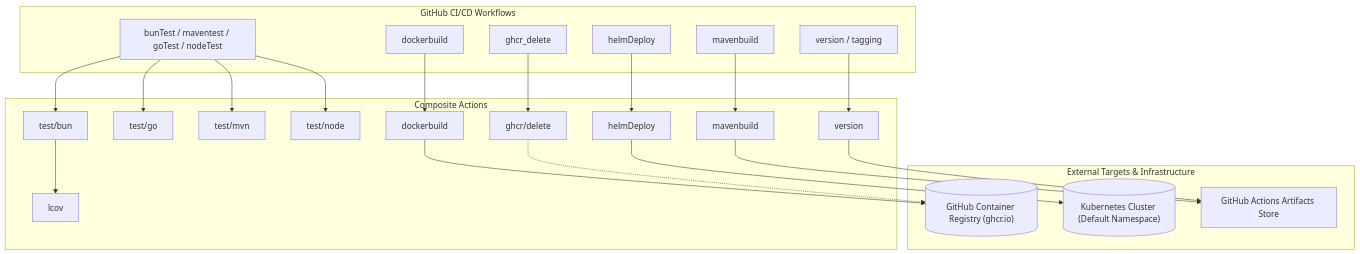
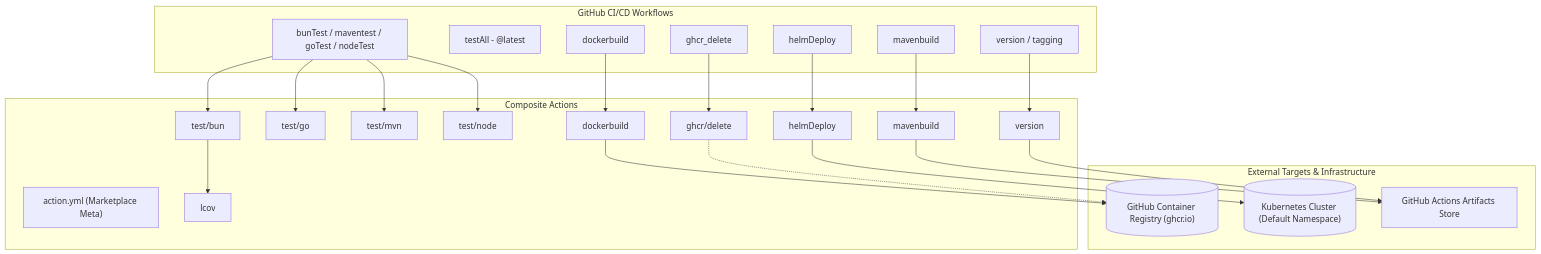
The diagram in .context/ARCHITECTURE.md (KAnggara/DevOps), drawn with Mermaid before and after one commit. The commit also changed 2 other files, not shown here.

Commit message:
docs: update .context memory with root action.yml, ADR-004, ADR-005, and testAll workflow

````diff
--- a/.context/ARCHITECTURE.md
+++ b/.context/ARCHITECTURE.md
@@ -10,41 +10,43 @@
 ```mermaid
 graph TD
     subgraph GitHub Workflows [GitHub CI/CD Workflows]
         WF_Test[bunTest / maventest / goTest / nodeTest]
+        WF_TestAll[testAll - @latest]
         WF_Build[mavenbuild]
         WF_Docker[dockerbuild]
         WF_Ver[version / tagging]
         WF_Deploy[helmDeploy]
         WF_Prune[ghcr_delete]
     end
 
     subgraph Actions [Composite Actions]
+        Act_Root["action.yml (Marketplace Meta)"]
         Act_TestBun["test/bun"]
         Act_TestGo["test/go"]
         Act_TestMvn["test/mvn"]
         Act_TestNode["test/node"]
         Act_Lcov["lcov"]
         Act_MvnBuild["mavenbuild"]
         Act_DockerBuild["dockerbuild"]
         Act_Version["version"]
         Act_Helm["helmDeploy"]
         Act_GHCR["ghcr/delete"]
     end
 
     subgraph RegistriesAndClusters [External Targets & Infrastructure]
         GHCR[("GitHub Container Registry (ghcr.io)")]
         K8S[("Kubernetes Cluster (Default Namespace)")]
         GH_Artifacts["GitHub Actions Artifacts Store"]
     end
 
     WF_Test --> Act_TestBun
     WF_Test --> Act_TestGo
     WF_Test --> Act_TestMvn
     WF_Test --> Act_TestNode
     Act_TestBun --> Act_Lcov
     WF_Build --> Act_MvnBuild --> GH_Artifacts
     WF_Ver --> Act_Version --> GH_Artifacts
     WF_Docker --> Act_DockerBuild --> GHCR
     WF_Prune --> Act_GHCR -.-> GHCR
     WF_Deploy --> Act_Helm --> K8S
 ```
````
